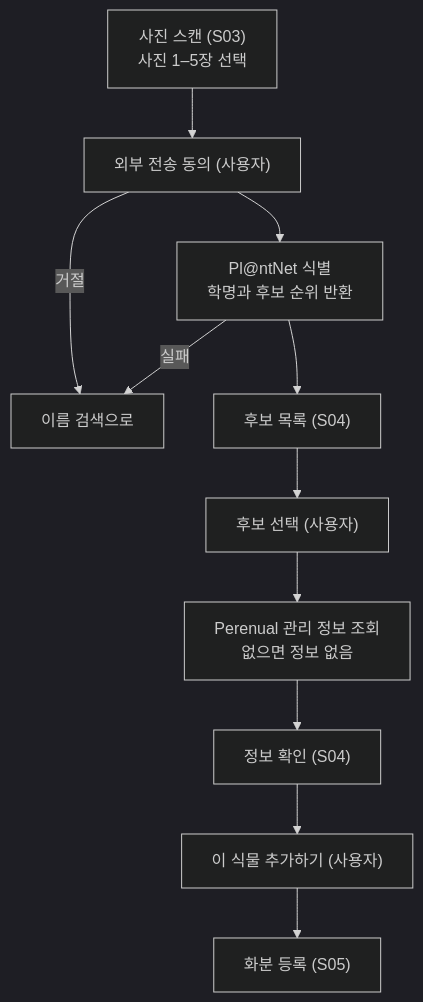
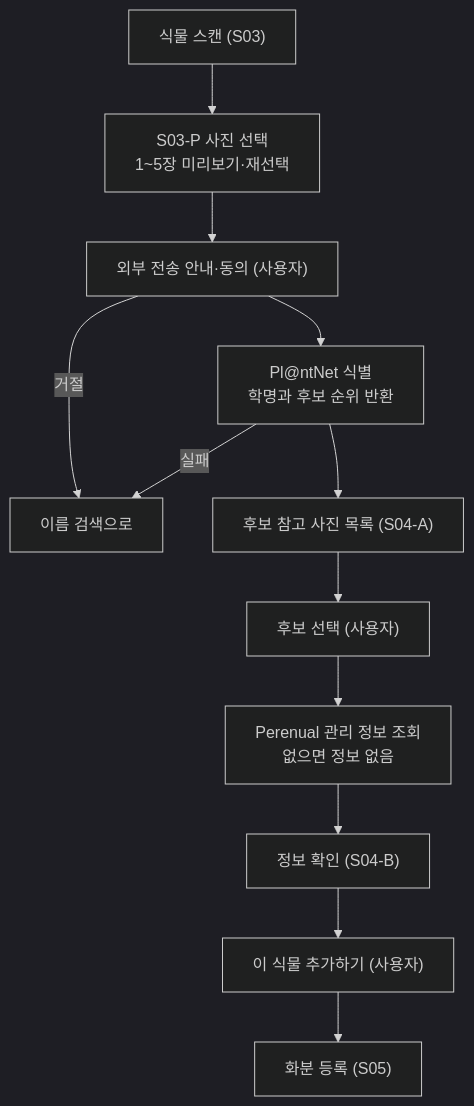
The second of 2 diagrams in docs/stage2/03-functional-specification.md (skiiilee/die-no-more), drawn with Mermaid (dark theme) before and after one commit. The commit also changed other lines of this file, not shown here.

````diff
--- a/docs/stage2/03-functional-specification.md
+++ b/docs/stage2/03-functional-specification.md
@@ -69,13 +69,14 @@
 ```mermaid
 flowchart TD
-  A["사진 스캔 (S03)<br/>사진 1–5장 선택"] --> B["외부 전송 동의 (사용자)"]
+  A["식물 스캔 (S03)"] --> A1["S03-P 사진 선택<br/>1~5장 미리보기·재선택"]
+  A1 --> B["외부 전송 안내·동의 (사용자)"]
   B -->|거절| N["이름 검색으로"]
   B --> C["Pl@ntNet 식별<br/>학명과 후보 순위 반환"]
   C -->|실패| N
-  C --> D["후보 목록 (S04)"]
+  C --> D["후보 참고 사진 목록 (S04-A)"]
   D --> E["후보 선택 (사용자)"]
   E --> F["Perenual 관리 정보 조회<br/>없으면 정보 없음"]
-  F --> G["정보 확인 (S04)"]
+  F --> G["정보 확인 (S04-B)"]
   G --> H["이 식물 추가하기 (사용자)"]
   H --> I["화분 등록 (S05)"]
 ```
````
